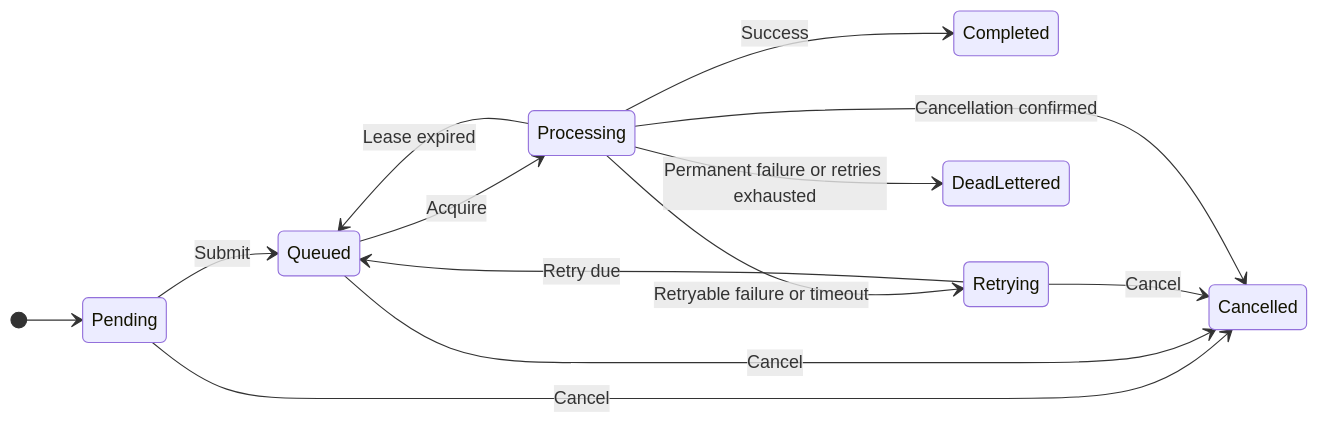
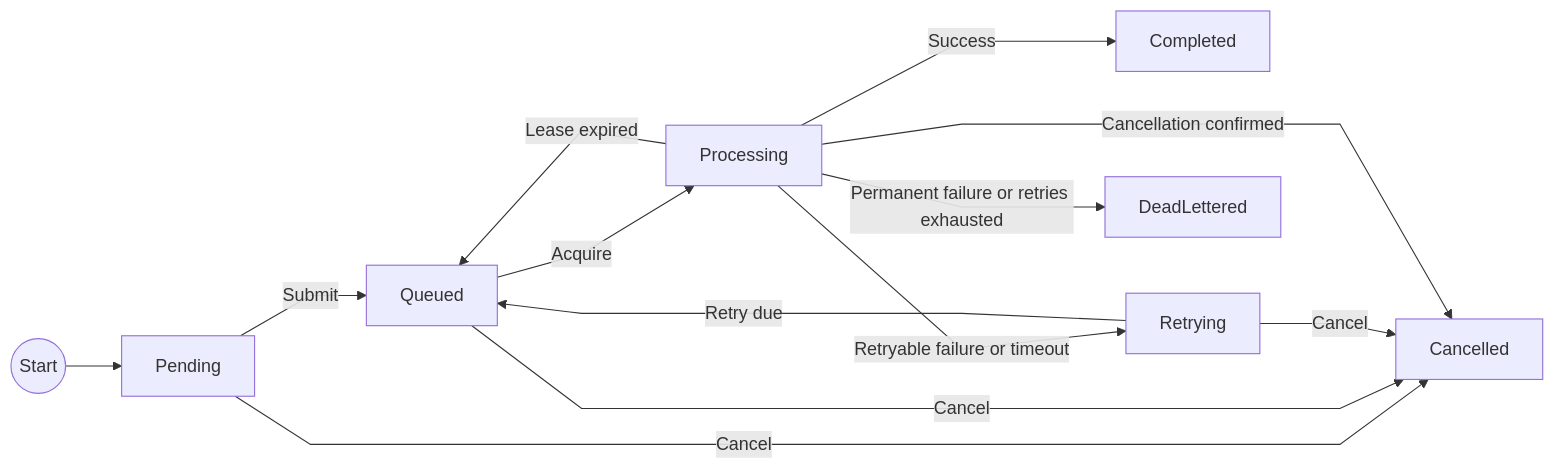
One commit to Arvence/TaskForge changed the second of 2 diagrams in README.md. Above: the diagram before and after it, drawn with Mermaid. The commit also changed other lines of this file, not shown here.

Commit message:
docs: use linear flowcharts in README diagrams

````diff
--- a/README.md
+++ b/README.md
@@ -40,16 +45,20 @@
 ```mermaid
-stateDiagram-v2
-    direction LR
-    [*] --> Pending
-    Pending --> Queued: Submit
-    Queued --> Processing: Acquire
-    Processing --> Completed: Success
-    Processing --> Retrying: Retryable failure or timeout
-    Retrying --> Queued: Retry due
-    Processing --> DeadLettered: Permanent failure or retries exhausted
-    Processing --> Queued: Lease expired
-    Pending --> Cancelled: Cancel
-    Queued --> Cancelled: Cancel
-    Retrying --> Cancelled: Cancel
-    Processing --> Cancelled: Cancellation confirmed
+---
+config:
+  flowchart:
+    curve: linear
+---
+flowchart LR
+    Start((Start)) --> Pending
+    Pending -->|Submit| Queued
+    Queued -->|Acquire| Processing
+    Processing -->|Success| Completed
+    Processing -->|Retryable failure or timeout| Retrying
+    Retrying -->|Retry due| Queued
+    Processing -->|Permanent failure or retries exhausted| DeadLettered
+    Processing -->|Lease expired| Queued
+    Pending -->|Cancel| Cancelled
+    Queued -->|Cancel| Cancelled
+    Retrying -->|Cancel| Cancelled
+    Processing -->|Cancellation confirmed| Cancelled
 ```
````
